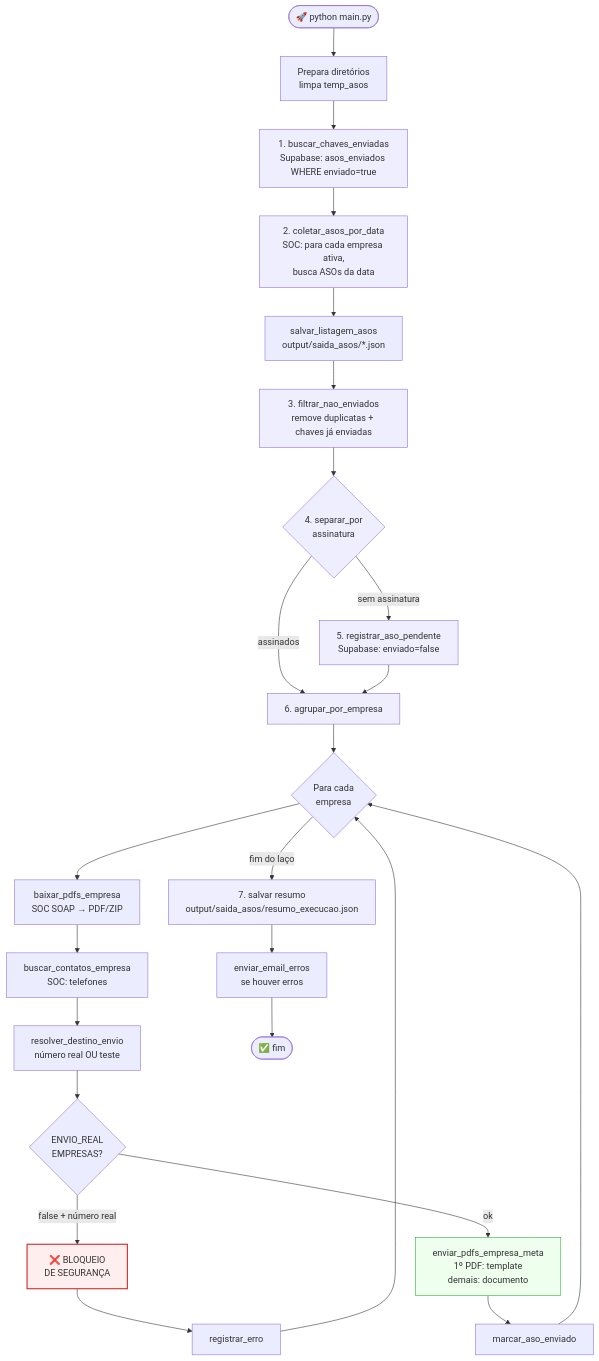
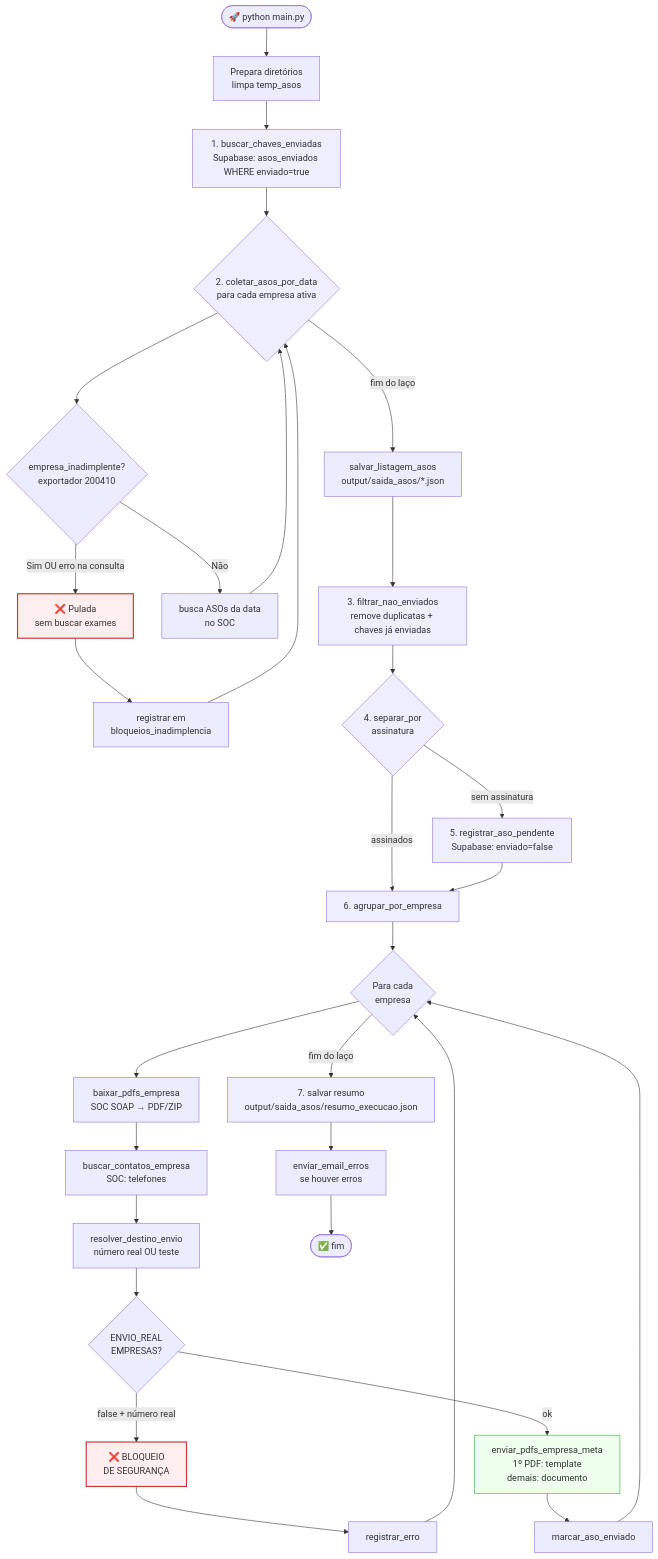
One commit to safehelp-agentes/Mensageria_ASOs changed the second of 7 diagrams in ARCHITECTURE.md. Above: the diagram before and after it, drawn with Mermaid. The commit also changed other lines of this file and 6 other files, not shown here.

````diff
--- a/ARCHITECTURE.md
+++ b/ARCHITECTURE.md
@@ -58,36 +58,43 @@
 ```mermaid
 flowchart TD
     Start([🚀 python main.py]) --> Prep[Prepara diretórios<br/>limpa temp_asos]
     Prep --> E1[1. buscar_chaves_enviadas<br/>Supabase: asos_enviados WHERE enviado=true]
-    E1 --> E2[2. coletar_asos_por_data<br/>SOC: para cada empresa ativa,<br/>busca ASOs da data]
-    E2 --> Save[salvar_listagem_asos<br/>output/saida_asos/*.json]
+    E1 --> E2{2. coletar_asos_por_data<br/>para cada empresa ativa}
+    E2 --> Inad{empresa_inadimplente?<br/>exportador 200410}
+    Inad -->|Sim OU erro na consulta| Skip[❌ Pulada<br/>sem buscar exames]
+    Skip --> Aviso[registrar em<br/>bloqueios_inadimplencia]
+    Aviso --> E2
+    Inad -->|Não| Busca[busca ASOs da data<br/>no SOC]
+    Busca --> E2
+    E2 -->|fim do laço| Save[salvar_listagem_asos<br/>output/saida_asos/*.json]
     Save --> E3[3. filtrar_nao_enviados<br/>remove duplicatas + chaves já enviadas]
     E3 --> E4{4. separar_por<br/>assinatura}
     E4 -->|sem assinatura| E5[5. registrar_aso_pendente<br/>Supabase: enviado=false]
     E4 -->|assinados| E6
     E5 --> E6[6. agrupar_por_empresa]
     E6 --> Loop{Para cada<br/>empresa}
     Loop --> DL[baixar_pdfs_empresa<br/>SOC SOAP → PDF/ZIP]
     DL --> Contatos[buscar_contatos_empresa<br/>SOC: telefones]
     Contatos --> Resolve[resolver_destino_envio<br/>número real OU teste]
     Resolve --> Guard{ENVIO_REAL<br/>EMPRESAS?}
     Guard -->|false + número real| Abort[❌ BLOQUEIO<br/>DE SEGURANÇA]
     Guard -->|ok| Send[enviar_pdfs_empresa_meta<br/>1º PDF: template<br/>demais: documento]
     Send --> Mark[marcar_aso_enviado]
     Mark --> Loop
     Loop -->|fim do laço| E7[7. salvar resumo<br/>output/saida_asos/resumo_execucao.json]
     Abort --> Erro[registrar_erro]
     Erro --> Loop
     E7 --> Email[enviar_email_erros<br/>se houver erros]
     Email --> End([✅ fim])
 
     style Abort fill:#fee,stroke:#c33,stroke-width:2px
+    style Skip fill:#fee,stroke:#c33,stroke-width:2px
     style Send fill:#efe,stroke:#3a3
     style E1 fill:#eef
     style E2 fill:#eef
     style E3 fill:#eef
     style E4 fill:#eef
     style E5 fill:#eef
     style E6 fill:#eef
     style E7 fill:#eef
 ```
````
